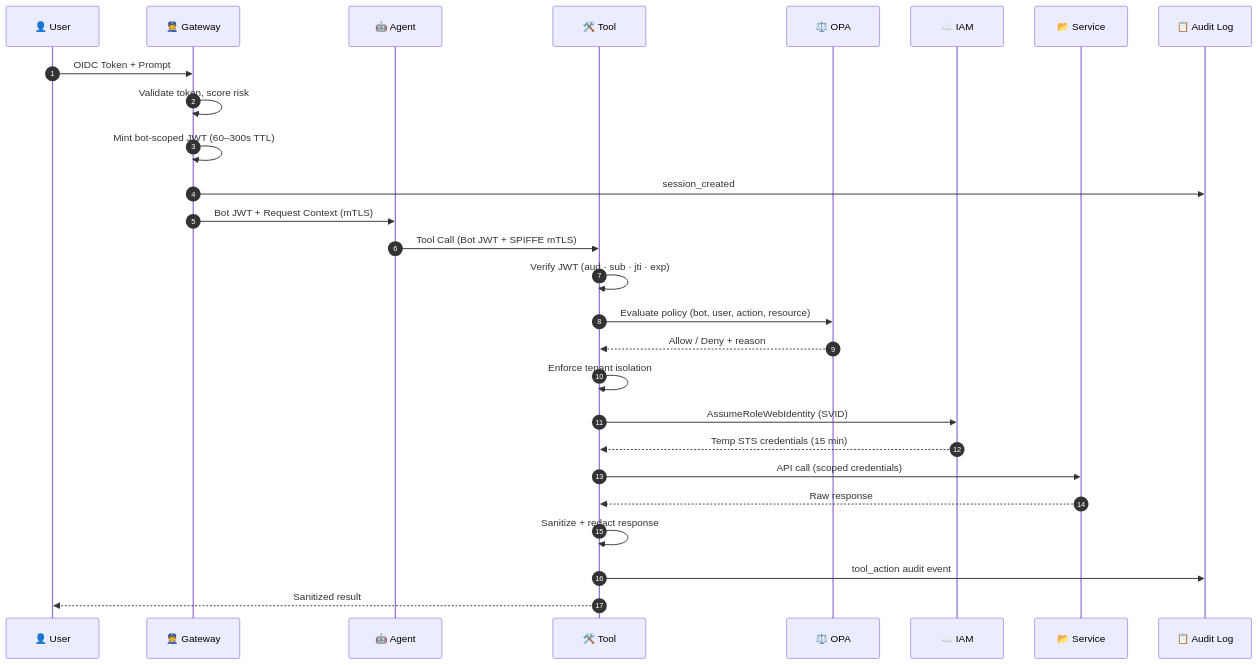
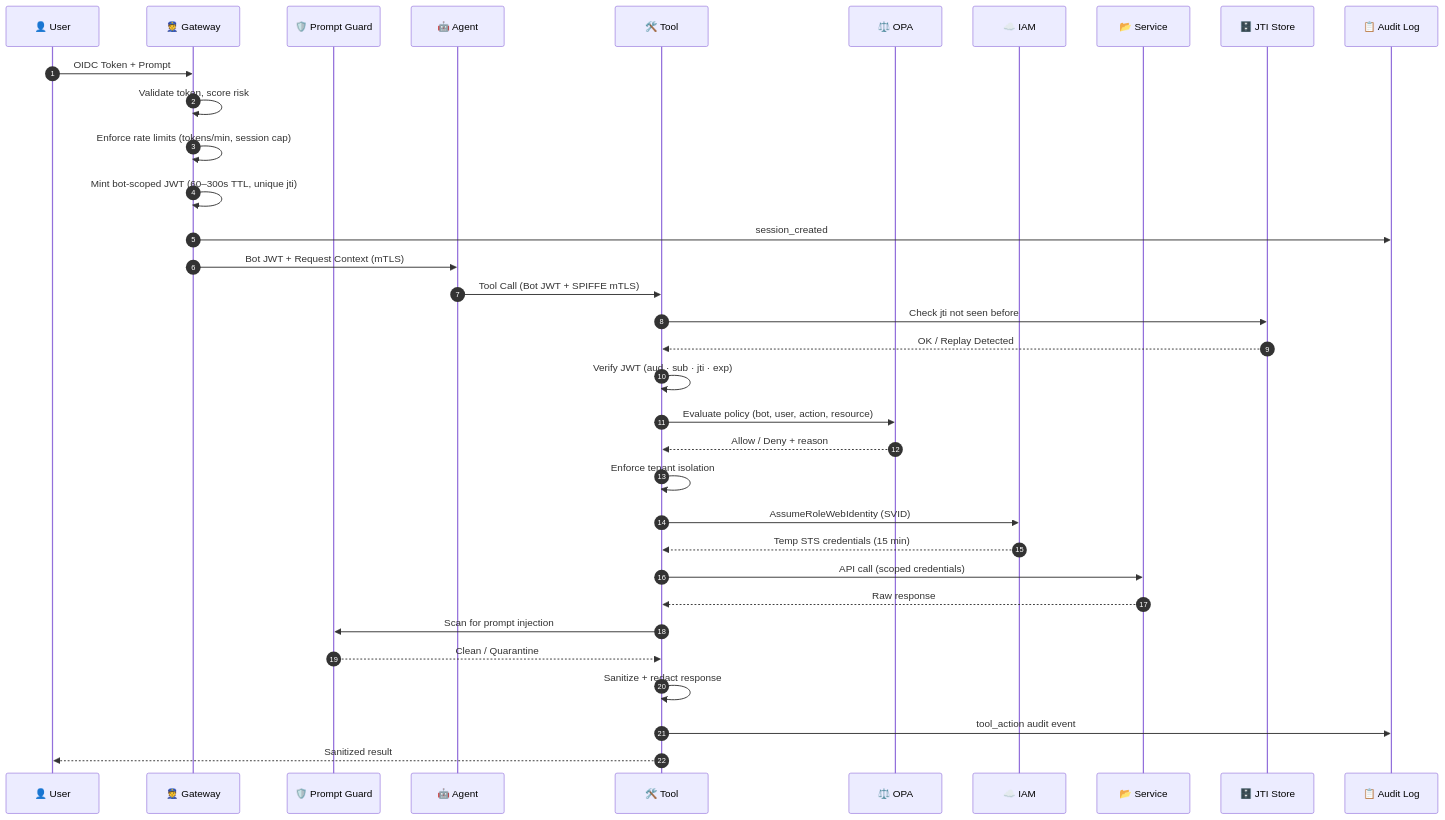
Before and after one commit to babywyrm/sysadmin: the diagram in mcp/session_flow_.md, drawn with Mermaid. The commit also changed other lines of this file, not shown here.

````diff
--- a/mcp/session_flow_.md
+++ b/mcp/session_flow_.md
@@ -7,34 +8,41 @@
 ```mermaid
 sequenceDiagram
     autonumber
     participant U as 👤 User
     participant GW as 👮 Gateway
+    participant PG as 🛡️ Prompt Guard
     participant AG as 🤖 Agent
     participant TL as 🛠️ Tool
     participant OPA as ⚖️ OPA
     participant IAM as ☁️ IAM
     participant SVC as 📂 Service
+    participant JTI as 🗄️ JTI Store
     participant LOG as 📋 Audit Log
 
     U->>GW: OIDC Token + Prompt
     GW->>GW: Validate token, score risk
-    GW->>GW: Mint bot-scoped JWT (60–300s TTL)
+    GW->>GW: Enforce rate limits (tokens/min, session cap)
+    GW->>GW: Mint bot-scoped JWT (60–300s TTL, unique jti)
     GW->>LOG: session_created
     GW->>AG: Bot JWT + Request Context (mTLS)
 
     AG->>TL: Tool Call (Bot JWT + SPIFFE mTLS)
 
+    TL->>JTI: Check jti not seen before
+    JTI-->>TL: OK / Replay Detected
     TL->>TL: Verify JWT (aud · sub · jti · exp)
     TL->>OPA: Evaluate policy (bot, user, action, resource)
     OPA-->>TL: Allow / Deny + reason
     TL->>TL: Enforce tenant isolation
 
     TL->>IAM: AssumeRoleWebIdentity (SVID)
     IAM-->>TL: Temp STS credentials (15 min)
 
     TL->>SVC: API call (scoped credentials)
     SVC-->>TL: Raw response
+    TL->>PG: Scan for prompt injection
+    PG-->>TL: Clean / Quarantine
     TL->>TL: Sanitize + redact response
     TL->>LOG: tool_action audit event
     TL-->>U: Sanitized result
 ```
````
